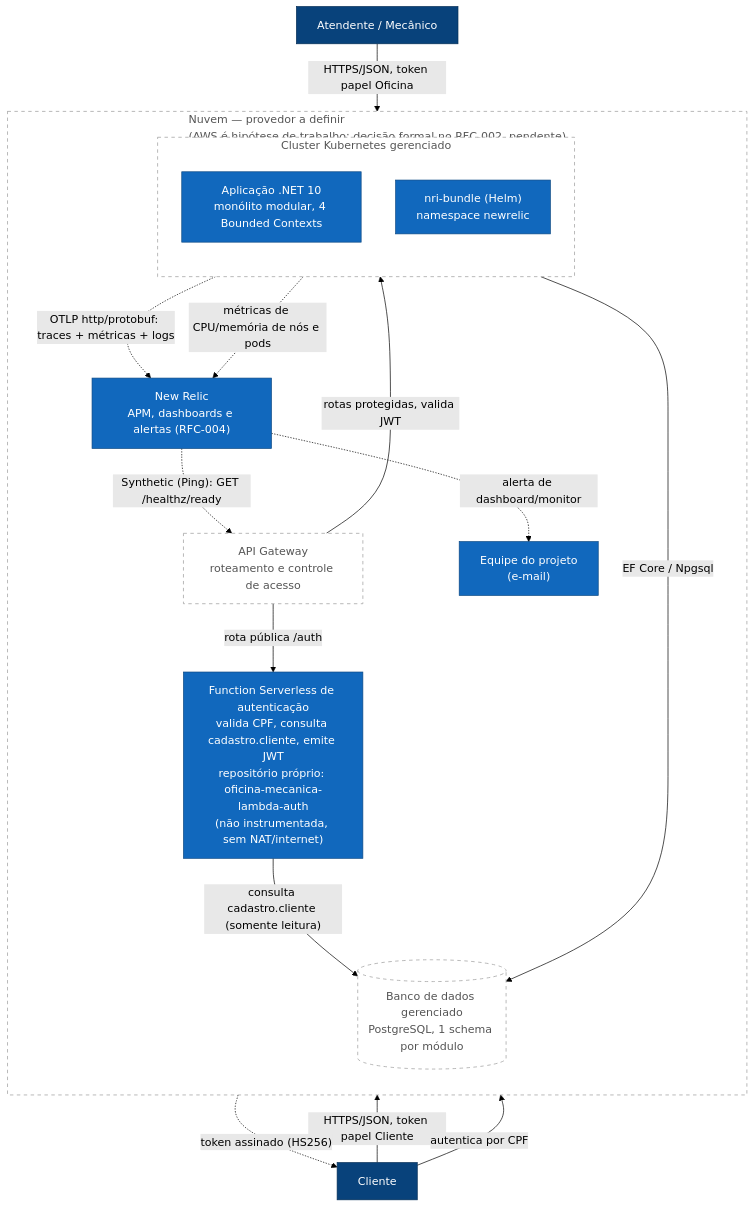
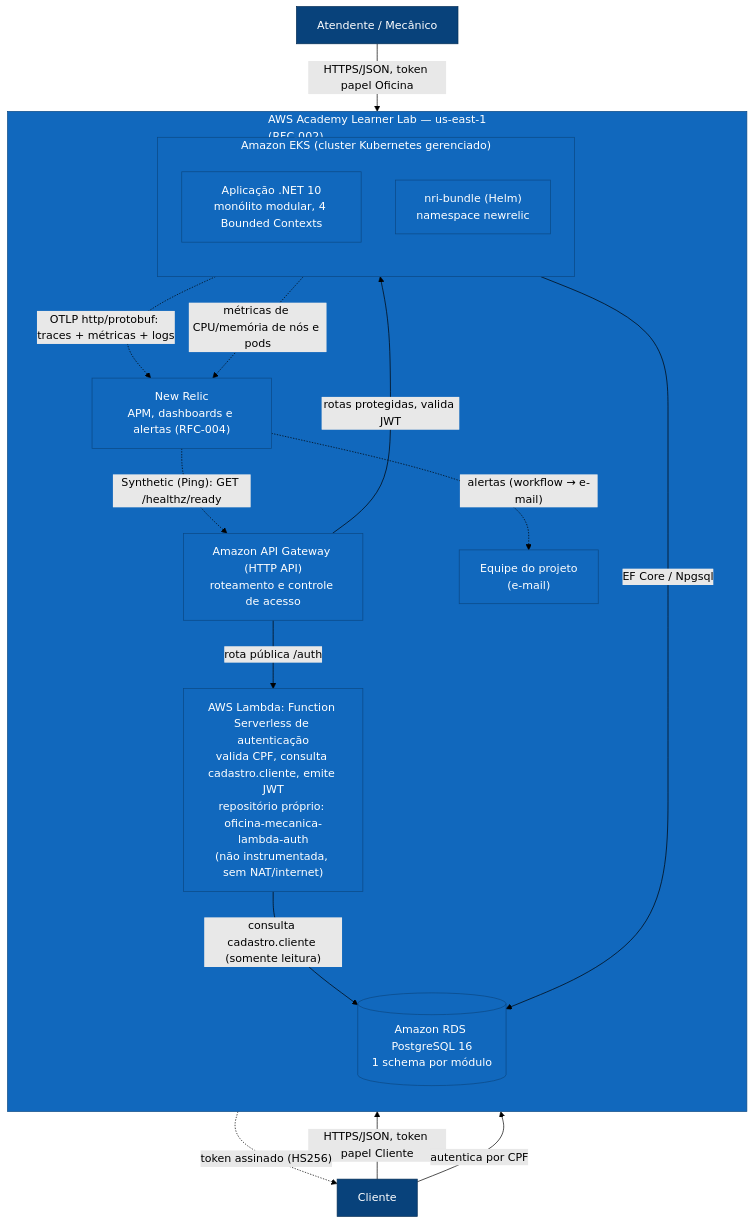
Before and after one commit to gabrielMauad/oficina-mecanica-app: the second of 2 diagrams in docs/arquitetura/diagramas/componentes.md, drawn with Mermaid (forest theme). The commit also changed other lines of this file and 2 other files, not shown here.

````diff
--- a/docs/arquitetura/diagramas/componentes.md
+++ b/docs/arquitetura/diagramas/componentes.md
@@ -116,40 +118,38 @@
 ```mermaid
 flowchart TB
     atendente["Atendente / Mecânico"]
     cliente["Cliente"]
 
-    subgraph nuvem["Nuvem — provedor a definir<br/>(AWS é hipótese de trabalho; decisão formal no RFC-002, pendente)"]
+    subgraph nuvem["AWS Academy Learner Lab — us-east-1<br/>(RFC-002)"]
         direction TB
-        gateway["API Gateway<br/>roteamento e controle de acesso"]
-        authFn["Function Serverless de autenticação<br/>valida CPF, consulta cadastro.cliente, emite JWT<br/>repositório próprio: oficina-mecanica-lambda-auth<br/>(não instrumentada, sem NAT/internet)"]
-        subgraph k8s["Cluster Kubernetes gerenciado"]
+        gateway["Amazon API Gateway (HTTP API)<br/>roteamento e controle de acesso"]
+        authFn["AWS Lambda: Function Serverless de autenticação<br/>valida CPF, consulta cadastro.cliente, emite JWT<br/>repositório próprio: oficina-mecanica-lambda-auth<br/>(não instrumentada, sem NAT/internet)"]
+        subgraph k8s["Amazon EKS (cluster Kubernetes gerenciado)"]
             direction TB
             app["Aplicação .NET 10<br/>monólito modular, 4 Bounded Contexts"]
             nri["nri-bundle (Helm)<br/>namespace newrelic"]
         end
-        db[("Banco de dados gerenciado<br/>PostgreSQL, 1 schema por módulo")]
+        db[("Amazon RDS PostgreSQL 16<br/>1 schema por módulo")]
         apm["New Relic<br/>APM, dashboards e alertas (RFC-004)"]
         equipe["Equipe do projeto<br/>(e-mail)"]
     end
 
     atendente -->|"HTTPS/JSON, token papel Oficina"| gateway
     cliente -->|"HTTPS/JSON, token papel Cliente"| gateway
     cliente -->|"autentica por CPF"| gateway
     gateway -->|"rota pública /auth"| authFn
     gateway -->|"rotas protegidas, valida JWT"| app
     authFn -.->|"token assinado (HS256)"| cliente
     authFn -->|"consulta cadastro.cliente (somente leitura)"| db
     app -->|"EF Core / Npgsql"| db
     app -.->|"OTLP http/protobuf: traces + métricas + logs"| apm
     nri -.->|"métricas de CPU/memória de nós e pods"| apm
     apm -.->|"Synthetic (Ping): GET /healthz/ready"| gateway
-    apm -.->|"alerta de dashboard/monitor"| equipe
+    apm -.->|"alertas (workflow → e-mail)"| equipe
 
     classDef person fill:#08427b,stroke:#052e56,color:#fff
     classDef existente fill:#1168bd,stroke:#0b4884,color:#fff
-    classDef alvo fill:#ffffff,stroke:#999999,color:#555555,stroke-dasharray: 5 5
 
     class atendente,cliente person
-    class app,authFn,apm,nri,equipe existente
-    class gateway,db,k8s,nuvem alvo
+    class app,authFn,apm,nri,equipe,gateway,db,k8s,nuvem existente
 ```
````
